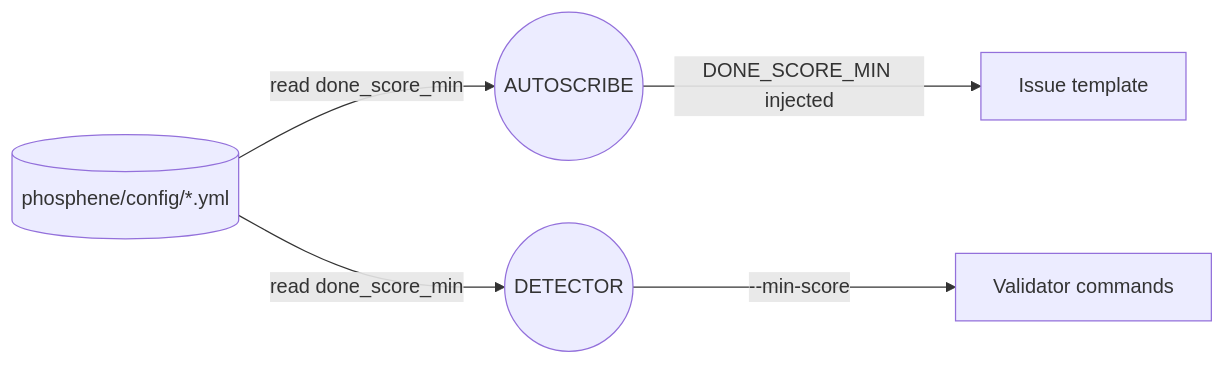
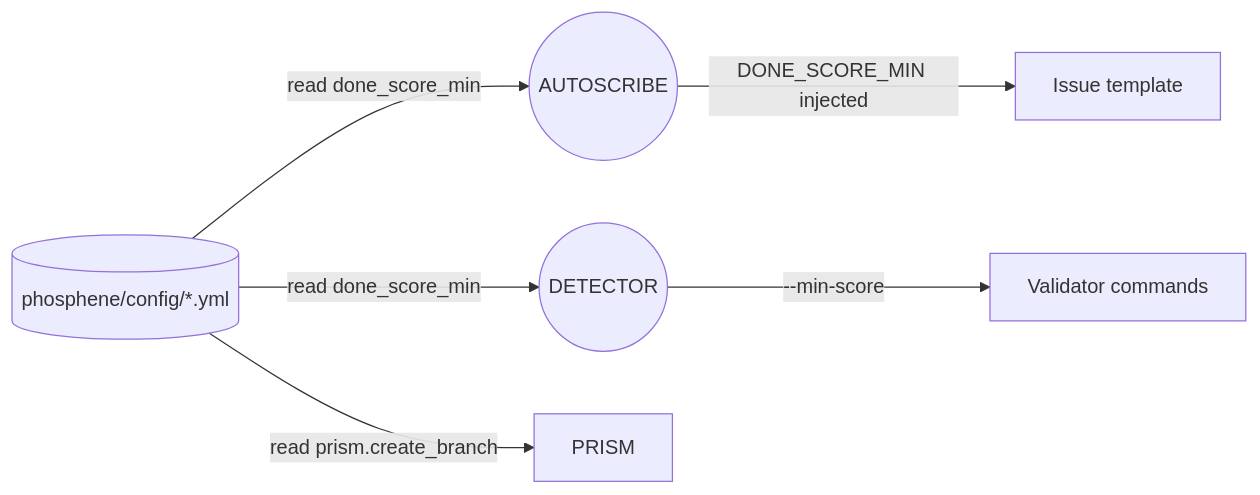
Before and after one commit to eoghanleo/phosphene-greenfield: the diagram in WIP/schematics/instrument_spec/config_surface.md, drawn with Mermaid. The commit also changed other lines of this file and 8 other files, not shown here.

````diff
--- a/WIP/schematics/instrument_spec/config_surface.md
+++ b/WIP/schematics/instrument_spec/config_surface.md
@@ -14,13 +15,14 @@
 ```mermaid
 flowchart LR
   CFG[(phosphene/config/*.yml)]
   AUTOSCRIBE((AUTOSCRIBE))
   DETECTOR((DETECTOR))
   ISSUE[Issue template]
   VALIDATE[Validator commands]
 
   CFG -->|read done_score_min| AUTOSCRIBE
   CFG -->|read done_score_min| DETECTOR
+  CFG -->|read prism.create_branch| PRISM
   AUTOSCRIBE -->|DONE_SCORE_MIN injected| ISSUE
   DETECTOR -->|--min-score <value>| VALIDATE
 ```
````
